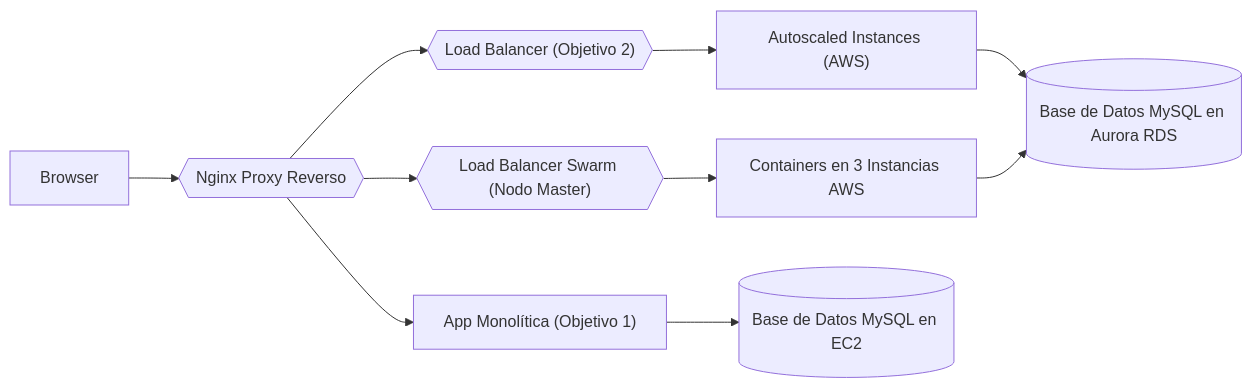
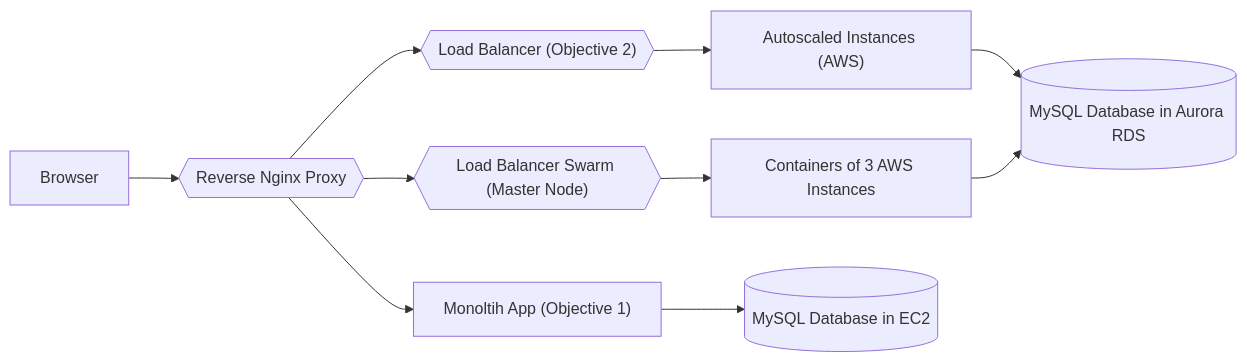
Before and after one commit to JuanFelipeRestrepoBuitrago/project-2-tet: the diagram in README.md, drawn with Mermaid. The commit also changed other lines of this file, not shown here.

````diff
--- a/README.md
+++ b/README.md
@@ -84,24 +84,24 @@
 ```mermaid
 graph LR
-    %% Nodos con formas personalizadas
+    %% Custom Shapes for Nodes
     A["Browser"]
-    B{{"Nginx Proxy Reverso"}}
-    C["App Monolítica (Objetivo 1)"]
-    D{{"Load Balancer (Objetivo 2)"}}
-    E{{"Load Balancer Swarm (Nodo Master)"}}
+    B{{"Reverse Nginx Proxy"}}
+    C["Monoltih App (Objective 1)"]
+    D{{"Load Balancer (Objective 2)"}}
+    E{{"Load Balancer Swarm (Master Node)"}}
     F["Autoscaled Instances (AWS)"]
-    G["Containers en 3 Instancias AWS"]
-    H[(Base de Datos MySQL en EC2)]
-    I[(Base de Datos MySQL en Aurora RDS)]
+    G["Containers of 3 AWS Instances"]
+    H[(MySQL Database in EC2)]
+    I[(MySQL Database in Aurora RDS)]
 
     %% Relaciones
     A --> B
     B --> C
     B --> D
     B --> E
     D --> F
     E --> G
     C --> H
     F --> I
     G --> I
 ```
````
